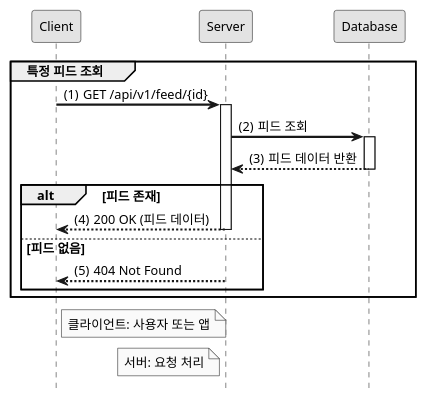
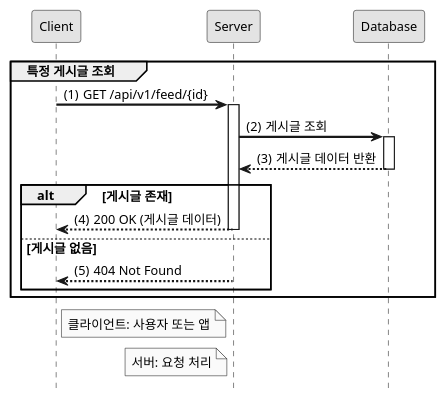
Before and after one commit to sumin220/SpringBoot_MemberBoard: the diagram in sequence/feed1.puml, drawn with PlantUML. The commit also changed 7 other files, not shown here.

```diff
--- a/sequence/feed1.puml
+++ b/sequence/feed1.puml
@@ -1,32 +1,32 @@
 @startuml
 
 hide footbox
 autoactivate on
 
 ' 스타일 설정
 skinparam monochrome true
 skinparam shadowing false
 skinparam defaultFontSize 12
 skinparam defaultFontName Arial
 skinparam sequenceArrowThickness 2
 
 participant "Client" as C
 participant "Server" as S
 participant "Database" as DB
 
-group 특정 피드 조회
+group 특정 게시글 조회
     autonumber 1 "(0)"
     C -> S: GET /api/v1/feed/{id}
-    S -> DB: 피드 조회
-    DB --> S: 피드 데이터 반환
-    alt 피드 존재
-        S --> C: 200 OK (피드 데이터)
-    else 피드 없음
+    S -> DB: 게시글 조회
+    DB --> S: 게시글 데이터 반환
+    alt 게시글 존재
+        S --> C: 200 OK (게시글 데이터)
+    else 게시글 없음
         S --> C: 404 Not Found
     end
 end
 
 note right of C: 클라이언트: 사용자 또는 앱
 note left of S: 서버: 요청 처리
 
 @enduml
```
